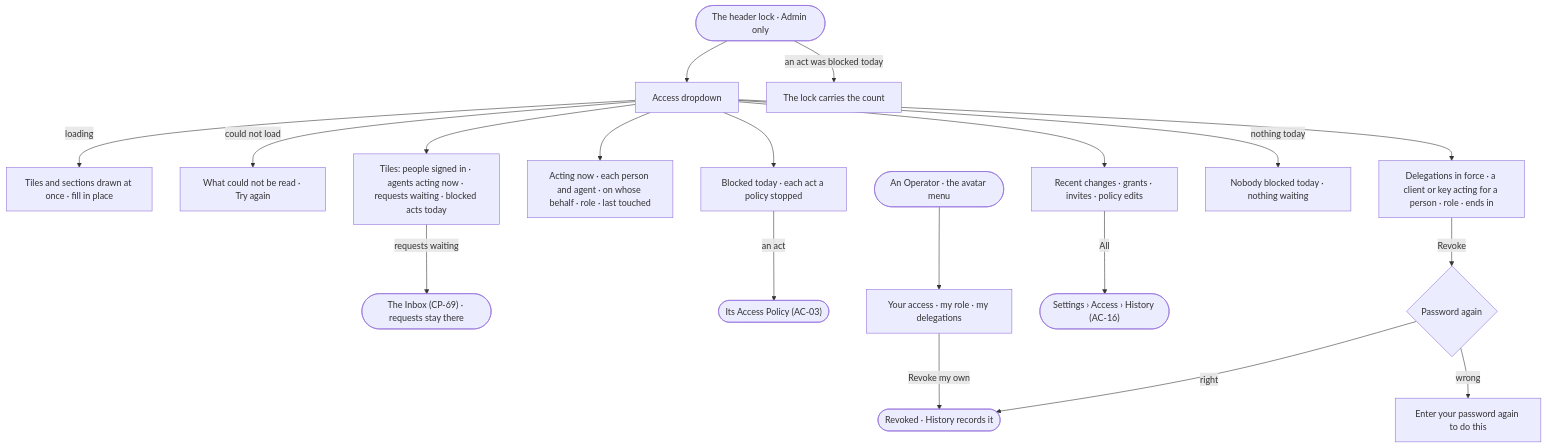
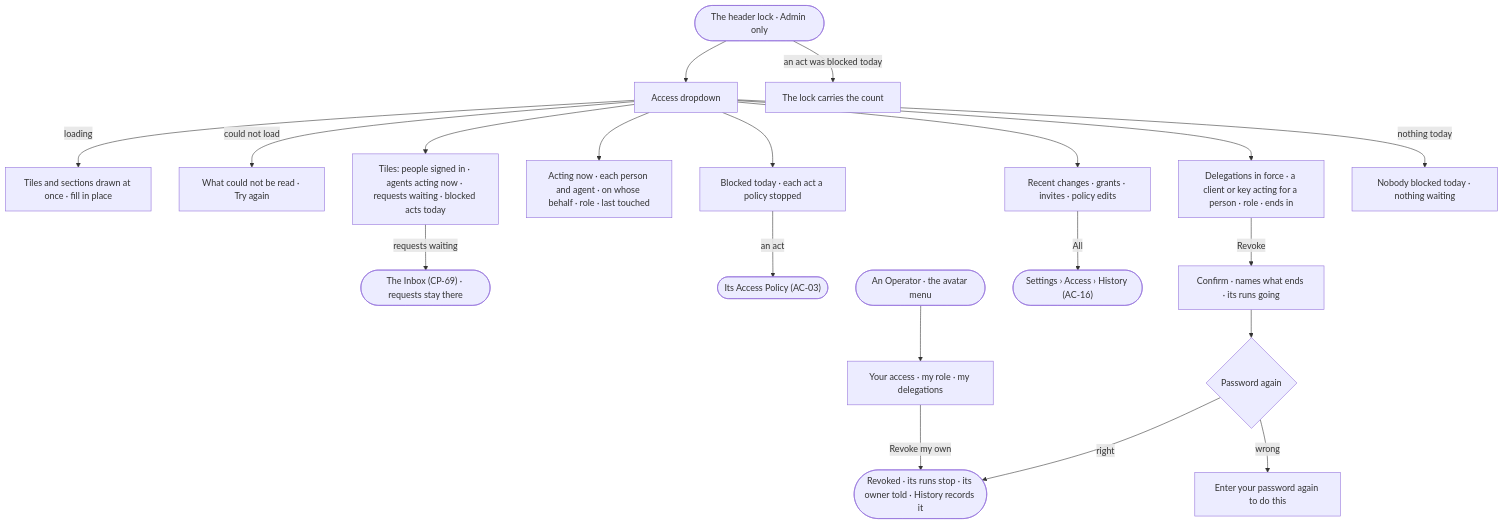
Before and after one commit to invana/invana: the diagram in specs/os/access/features/AC-F06-history/stories/AC-48-see-who-is-acting-and-what-was-blocked-from-the-header/story.md, drawn with Mermaid. The commit also changed other lines of this file and 10 other files, not shown here.

First line of the commit message:
feat(specs): AC-48 security rules — events readers, counts stream lifecycle and caps, untrusted names, coarse last acted, revoke stops runs

````diff
--- a/specs/os/access/features/AC-F06-history/stories/AC-48-see-who-is-acting-and-what-was-blocked-from-the-header/story.md
+++ b/specs/os/access/features/AC-F06-history/stories/AC-48-see-who-is-acting-and-what-was-blocked-from-the-header/story.md
@@ -27,19 +27,19 @@
 ```mermaid
 flowchart TD
   h([The header lock · Admin only]) --> d["Access dropdown"]
   h -->|an act was blocked today| cnt["The lock carries the count"]
   d -->|loading| ld["Tiles and sections drawn at once · fill in place"]
   d -->|could not load| fl["What could not be read · Try again"]
   d --> t["Tiles: people signed in · agents acting now · requests waiting · blocked acts today"]
   t -->|requests waiting| ib(["The Inbox (CP-69) · requests stay there"])
   d --> an["Acting now · each person and agent · on whose behalf · role · last touched"]
   d --> bl["Blocked today · each act a policy stopped"] -->|an act| pol(["Its Access Policy (AC-03)"])
   d --> dl["Delegations in force · a client or key acting for a person · role · ends in"]
-  dl -->|Revoke| pw{"Password again"}
-  pw -->|right| rv(["Revoked · History records it"])
+  dl -->|Revoke| cf["Confirm · names what ends · its runs going"] --> pw{"Password again"}
+  pw -->|right| rv(["Revoked · its runs stop · its owner told · History records it"])
   pw -->|wrong| no["Enter your password again to do this"]
   d --> rc["Recent changes · grants · invites · policy edits"] -->|All| hi(["Settings › Access › History (AC-16)"])
   d -->|nothing today| calm["Nobody blocked today · nothing waiting"]
   o([An Operator · the avatar menu]) --> ya["Your access · my role · my delegations"]
   ya -->|Revoke my own| rv
 ```
````
